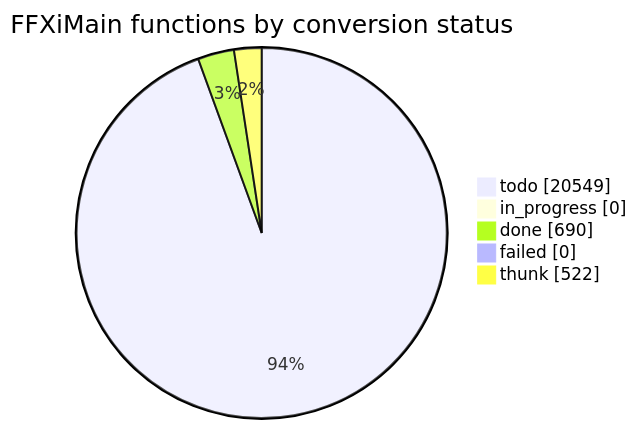
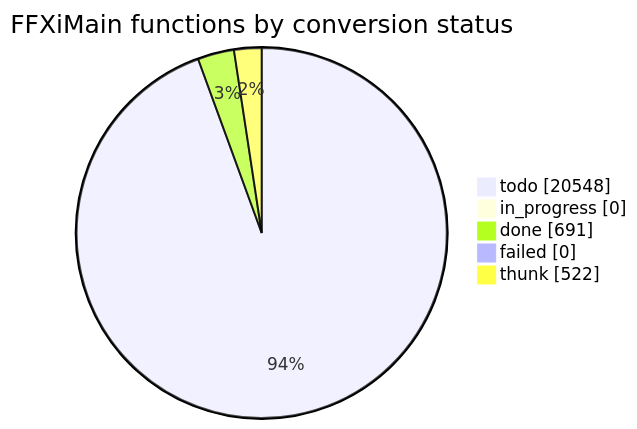
The diagram in docs/cow/STATUS.md (cowrevenge/cow_kuluu_xi_anything), drawn with Mermaid before and after one commit. The commit also changed other lines of this file and 9 other files, not shown here.

````diff
--- a/docs/cow/STATUS.md
+++ b/docs/cow/STATUS.md
@@ -18,9 +18,9 @@
 ```mermaid
 pie showData
     title FFXiMain functions by conversion status
-    "todo" : 20549
+    "todo" : 20548
     "in_progress" : 0
-    "done" : 690
+    "done" : 691
     "failed" : 0
     "thunk" : 522
 ```
````
